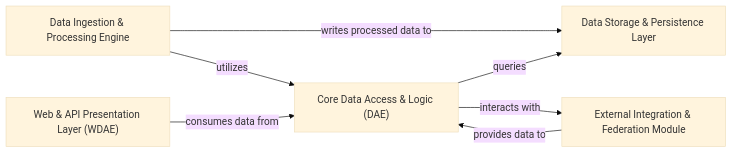
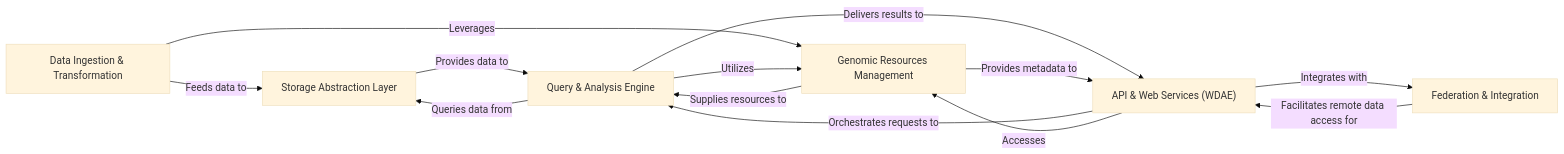
Before and after one commit to CodeBoarding/GeneratedOnBoardings: the diagram in gpf/on_boarding.md, drawn with Mermaid (base theme). The commit also changed other lines of this file, not shown here.

````diff
--- a/gpf/on_boarding.md
+++ b/gpf/on_boarding.md
@@ -1,14 +1,21 @@
 ```mermaid
 graph LR
-    Data_Storage_Persistence_Layer["Data Storage & Persistence Layer"]
-    Data_Ingestion_Processing_Engine["Data Ingestion & Processing Engine"]
-    Core_Data_Access_Logic_DAE_["Core Data Access & Logic (DAE)"]
-    Web_API_Presentation_Layer_WDAE_["Web & API Presentation Layer (WDAE)"]
-    External_Integration_Federation_Module["External Integration & Federation Module"]
-    Data_Ingestion_Processing_Engine -- "writes processed data to" --> Data_Storage_Persistence_Layer
-    Data_Ingestion_Processing_Engine -- "utilizes" --> Core_Data_Access_Logic_DAE_
-    Core_Data_Access_Logic_DAE_ -- "queries" --> Data_Storage_Persistence_Layer
-    Web_API_Presentation_Layer_WDAE_ -- "consumes data from" --> Core_Data_Access_Logic_DAE_
-    External_Integration_Federation_Module -- "provides data to" --> Core_Data_Access_Logic_DAE_
-    Core_Data_Access_Logic_DAE_ -- "interacts with" --> External_Integration_Federation_Module
+    Data_Ingestion_Transformation["Data Ingestion & Transformation"]
+    Storage_Abstraction_Layer["Storage Abstraction Layer"]
+    Query_Analysis_Engine["Query & Analysis Engine"]
+    Genomic_Resources_Management["Genomic Resources Management"]
+    API_Web_Services_WDAE_["API & Web Services (WDAE)"]
+    Federation_Integration["Federation & Integration"]
+    Data_Ingestion_Transformation -- "Feeds data to" --> Storage_Abstraction_Layer
+    Data_Ingestion_Transformation -- "Leverages" --> Genomic_Resources_Management
+    Storage_Abstraction_Layer -- "Provides data to" --> Query_Analysis_Engine
+    Query_Analysis_Engine -- "Queries data from" --> Storage_Abstraction_Layer
+    Query_Analysis_Engine -- "Utilizes" --> Genomic_Resources_Management
+    Query_Analysis_Engine -- "Delivers results to" --> API_Web_Services_WDAE_
+    Genomic_Resources_Management -- "Supplies resources to" --> Query_Analysis_Engine
+    Genomic_Resources_Management -- "Provides metadata to" --> API_Web_Services_WDAE_
+    API_Web_Services_WDAE_ -- "Orchestrates requests to" --> Query_Analysis_Engine
+    API_Web_Services_WDAE_ -- "Accesses" --> Genomic_Resources_Management
+    API_Web_Services_WDAE_ -- "Integrates with" --> Federation_Integration
+    Federation_Integration -- "Facilitates remote data access for" --> API_Web_Services_WDAE_
 ```
````
